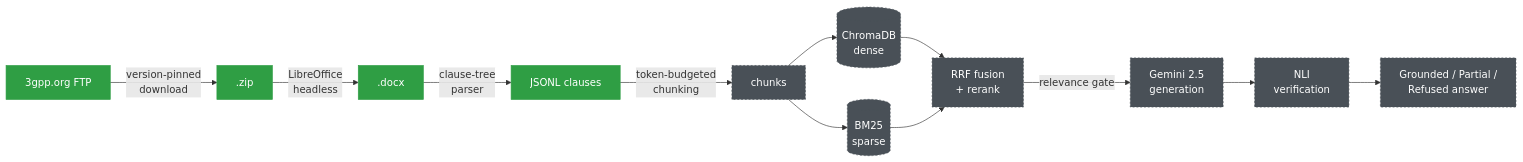
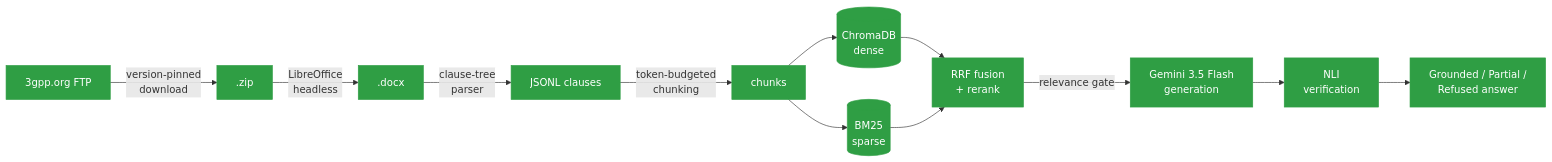
The diagram in README.md (Nickfuse21/SpecRAG-i), drawn with Mermaid before and after one commit. The commit also changed other lines of this file and 22 other files, not shown here.

````diff
--- a/README.md
+++ b/README.md
@@ -32,19 +32,17 @@
 ```mermaid
 flowchart LR
     A[3gpp.org FTP] -->|version-pinned<br/>download| B[.zip]
     B -->|LibreOffice<br/>headless| C[.docx]
     C -->|clause-tree<br/>parser| D[JSONL clauses]
     D -->|token-budgeted<br/>chunking| E[chunks]
     E --> F[(ChromaDB<br/>dense)]
     E --> G[(BM25<br/>sparse)]
     F --> H[RRF fusion<br/>+ rerank]
     G --> H
-    H -->|relevance gate| I[Gemini 2.5<br/>generation]
+    H -->|relevance gate| I[Gemini 3.5 Flash<br/>generation]
     I --> J[NLI<br/>verification]
     J --> K[Grounded / Partial /<br/>Refused answer]
 
     classDef done fill:#2f9e44,stroke:#2f9e44,color:#fff
-    classDef planned fill:#495057,stroke:#495057,color:#fff,stroke-dasharray: 3 3
-    class A,B,C,D done
-    class E,F,G,H,I,J,K planned
+    class A,B,C,D,E,F,G,H,I,J,K done
 ```
````
